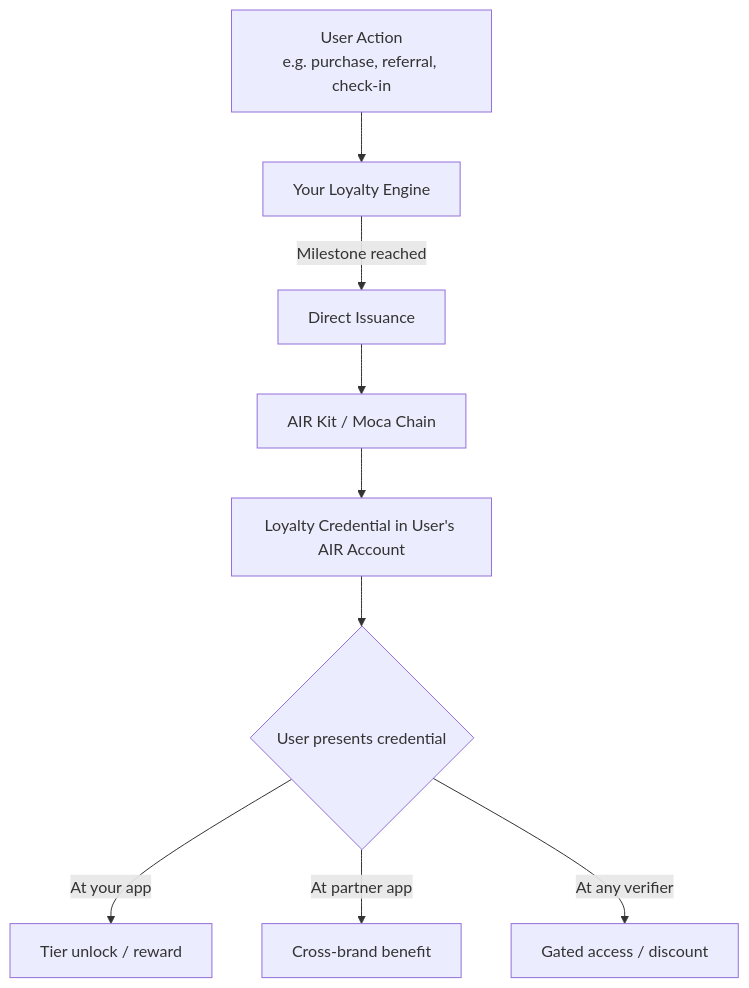
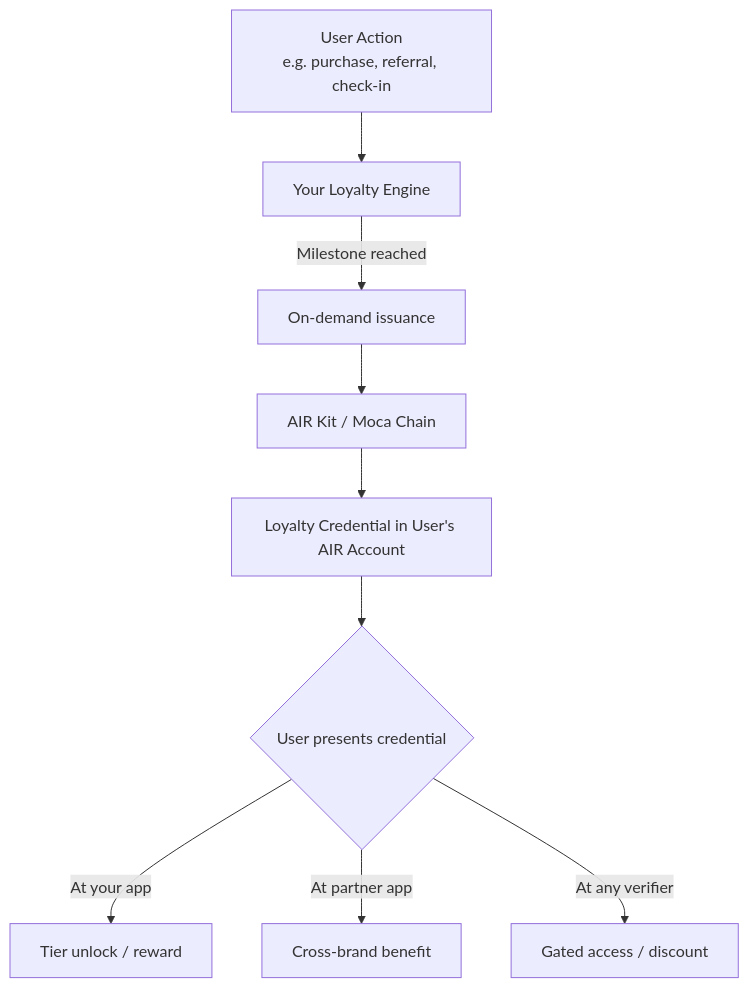
One commit to MocaNetwork/docs changed the diagram in airkit/guides/air-for-loyalty.mdx. Above: the diagram before and after it, drawn with Mermaid. The commit also changed other lines of this file and 31 other files, not shown here.

````diff
--- a/airkit/guides/air-for-loyalty.mdx
+++ b/airkit/guides/air-for-loyalty.mdx
@@ -18,12 +18,12 @@
 ```mermaid
 graph TD
     A["User Action\ne.g. purchase, referral, check-in"] --> B[Your Loyalty Engine]
-    B -->|Milestone reached| C[Direct Issuance]
+    B -->|Milestone reached| C[On-demand issuance]
     C --> D[AIR Kit / Moca Chain]
     D --> E[Loyalty Credential in User's AIR Account]
 
     E --> F{User presents credential}
     F -->|At your app| G[Tier unlock / reward]
     F -->|At partner app| H[Cross-brand benefit]
     F -->|At any verifier| I[Gated access / discount]
 ```
````
